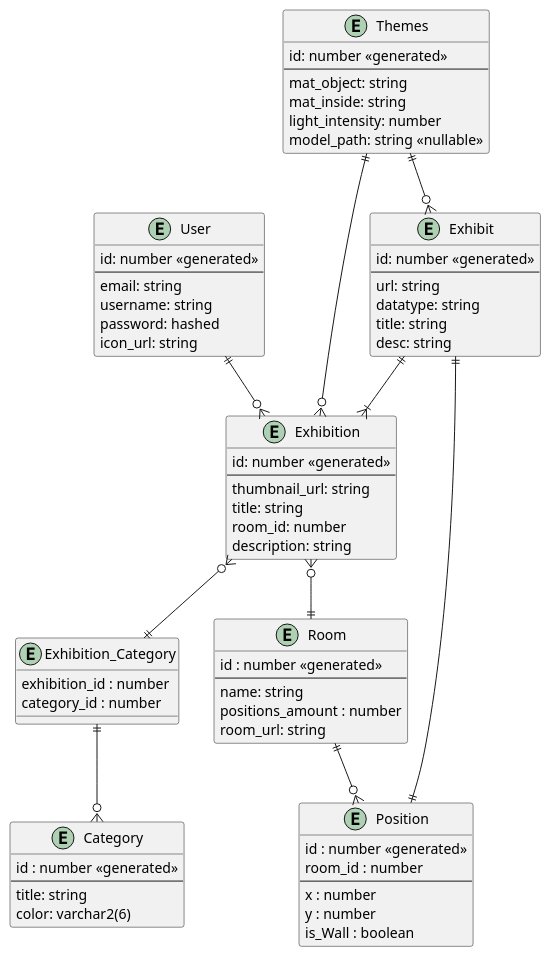
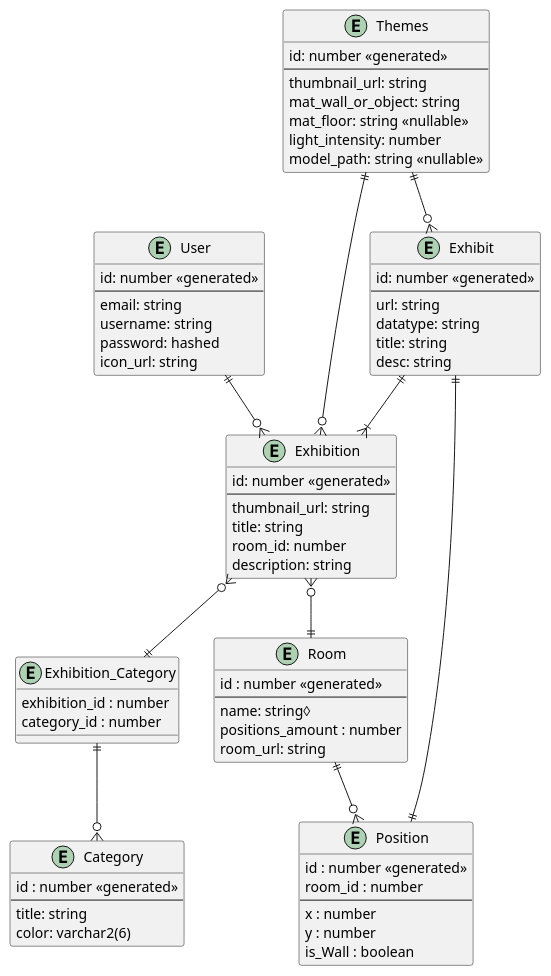
The diagram in ERD/erd.wsd (L0R3N7/3D-Portfolio-Gallery), drawn with PlantUML before and after one commit.

Commit message:
changes to ERD

```diff
--- a/ERD/erd.wsd
+++ b/ERD/erd.wsd
@@ -1,75 +1,76 @@
 @startuml DA-Klassendiagramm
 entity User {
     id: number <<generated>>
     --
     email: string
     username: string
     password: hashed
     icon_url: string
 }
 
 entity Exhibition {
     id: number <<generated>>
     --
     thumbnail_url: string
     title: string
     room_id: number
     description: string
 }
 entity Themes {
     id: number <<generated>>
     --
-    mat_object: string
-    mat_inside: string 
+    thumbnail_url: string
+    mat_wall_or_object: string
+    mat_floor: string <<nullable>>
     light_intensity: number
     model_path: string <<nullable>>
 }
 
 entity Room {
     id : number <<generated>>
     --
-    name: string
+    name: string◊
     positions_amount : number
     room_url: string
 }
 
 entity Position{
     id : number <<generated>>
     room_id : number
     ---
     x : number
     y : number
     is_Wall : boolean
 }
 
 entity Exhibition_Category {
     exhibition_id : number
     category_id : number
 }
 
 entity Category{
    id : number <<generated>>
    --
    title: string
    color: varchar2(6)
 }
 
 entity Exhibit {
     id: number <<generated>> 
     --
     url: string
     datatype: string
     title: string
     desc: string
 }
 
 User ||--o{ Exhibition
 Exhibit ||--|{Exhibition
 Exhibit ||--|| Position
 Exhibition }o--|| Exhibition_Category
 Exhibition_Category ||--o{ Category
 Room ||--o{ Position
 Exhibition }o--|| Room
 Themes ||--o{ Exhibition
 Themes ||--o{ Exhibit
 @enduml
```
